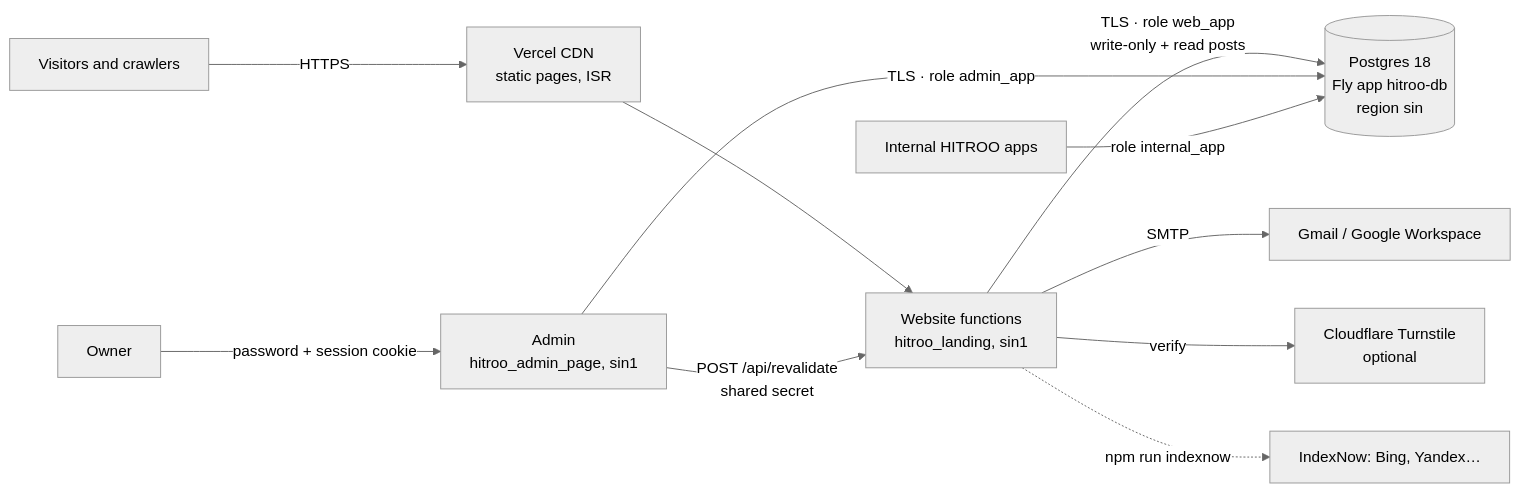
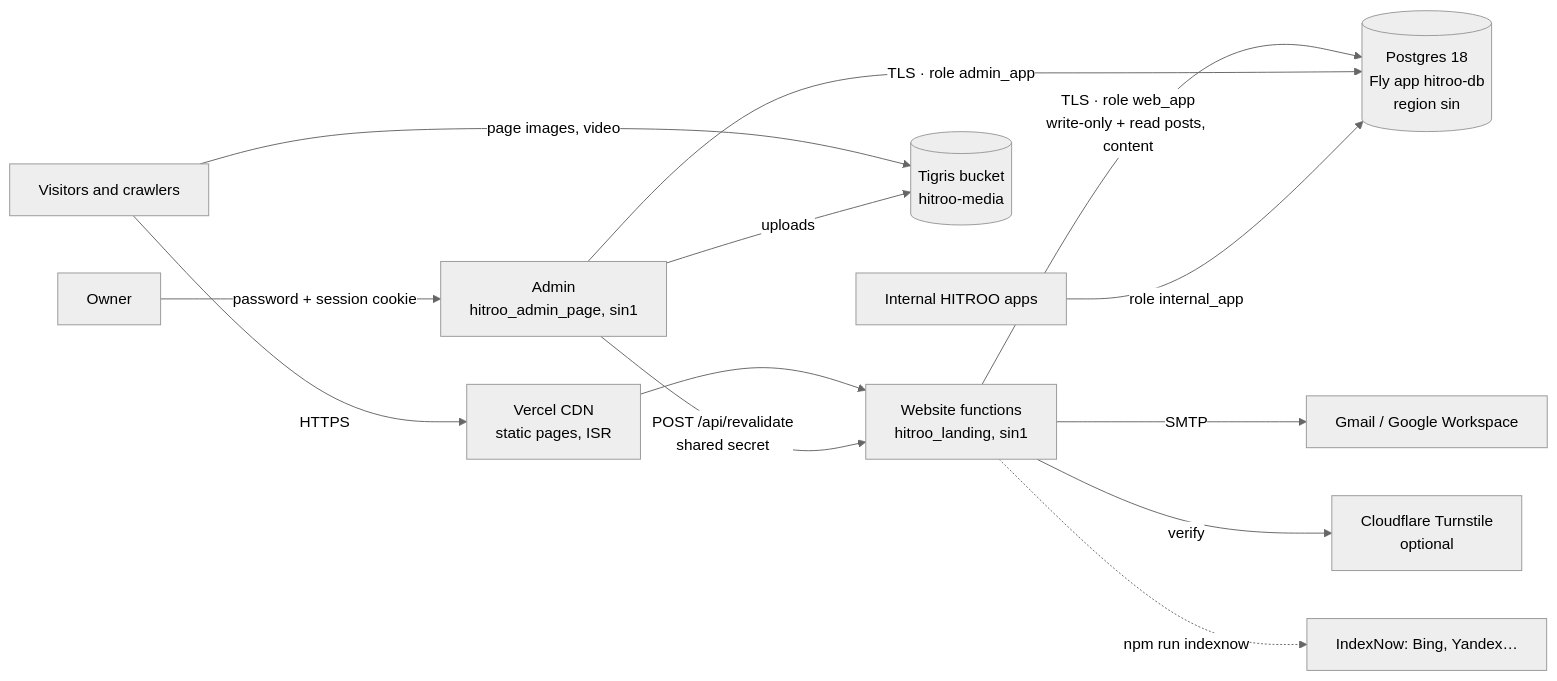
The diagram in ARCHITECTURE.md (rohitmenonhart-xhunter/hitroo-landing), drawn with Mermaid (neutral theme) before and after one commit. The commit also changed other lines of this file and 540 other files, not shown here.

First line of the commit message:
New HITROO site: warm theme, division signatures, content and media from the database

````diff
--- a/ARCHITECTURE.md
+++ b/ARCHITECTURE.md
@@ -15,13 +15,15 @@
 ```mermaid
 flowchart LR
   V[Visitors and crawlers] -->|HTTPS| E[Vercel CDN<br/>static pages, ISR]
   E --> F[Website functions<br/>hitroo_landing, sin1]
-  F -->|TLS · role web_app<br/>write-only + read posts| DB[(Postgres 18<br/>Fly app hitroo-db<br/>region sin)]
+  F -->|TLS · role web_app<br/>write-only + read posts, content| DB[(Postgres 18<br/>Fly app hitroo-db<br/>region sin)]
+  V -->|page images, video| S[(Tigris bucket<br/>hitroo-media)]
+  AD -->|uploads| S
   F -->|SMTP| G[Gmail / Google Workspace]
   F -->|verify| T[Cloudflare Turnstile<br/>optional]
   O[Owner] -->|password + session cookie| AD[Admin<br/>hitroo_admin_page, sin1]
   AD -->|TLS · role admin_app| DB
   AD -->|POST /api/revalidate<br/>shared secret| F
   I[Internal HITROO apps] -->|role internal_app| DB
   F -.->|npm run indexnow| B[IndexNow: Bing, Yandex…]
 ```
````
